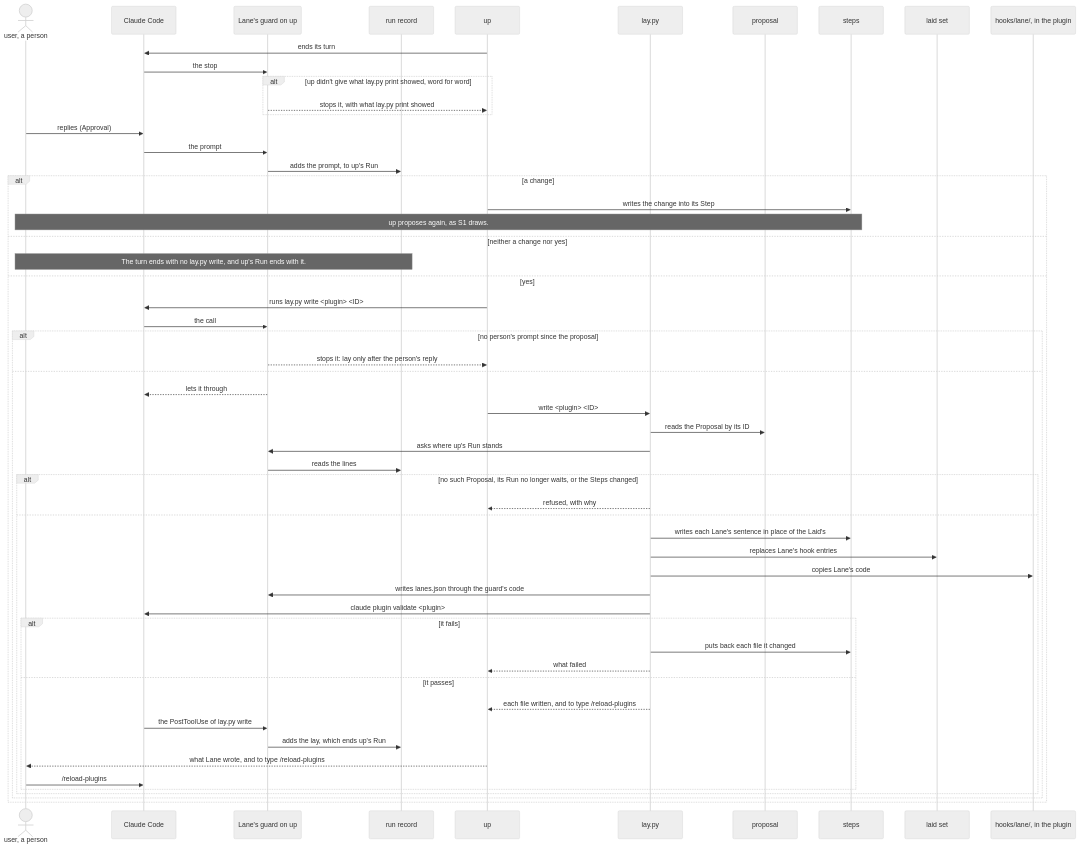
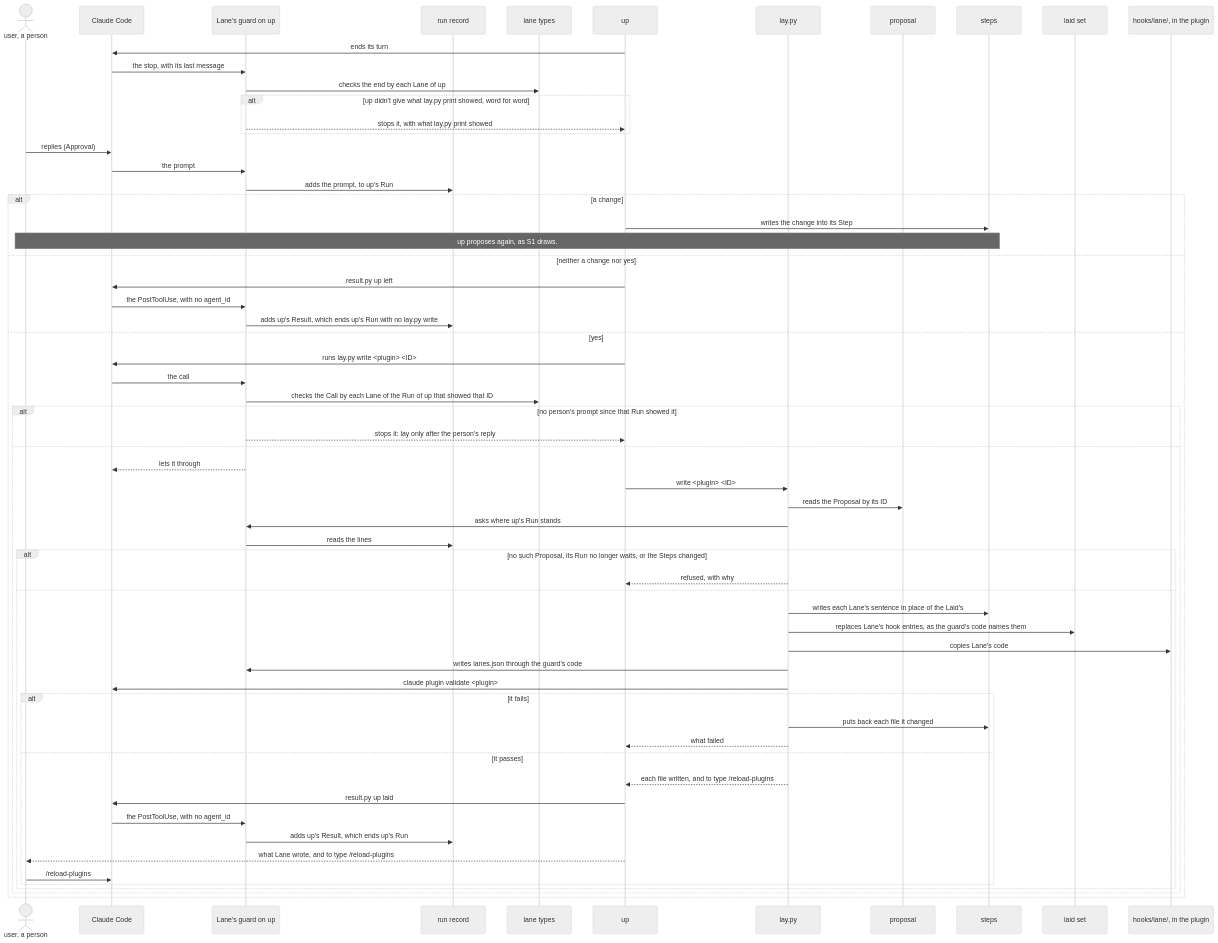
The second of 7 diagrams in dev/lane/architecture.md (lovaizu/ccpm), drawn with Mermaid (neutral theme) before and after one commit. The commit also changed other lines of this file, not shown here.

Commit message:
Lane's architecture mends the gaps that its skeleton and cases found: up's own checks, that it gave what lay.py print showed and lays only after the person's reply, are lane types the guard checks by, on the Run of up that showed the Proposal's ID, with the stop's last message; up's Run ends by up's Result, laid or left, as a Route moves only on a Result; each start is checked by the Lane of the skill's Routes, so the Routes' sentence and check come from one type; a call is kept where one Lane of each type allows it, as one Lane alone stops the result script another asks for; Lanes and Routes take one form, the guard's code's, in lanes.json and a Proposal, which lay.py types gives up, and the guard's code names Lane's hook entries; and the installation test runs the README's commands in a shell
Claude-Session: https://claude.ai/code/session_0172CgKgKvhT2KCgXfMaPBwd

````diff
--- a/dev/lane/architecture.md
+++ b/dev/lane/architecture.md
@@ -234,58 +236,64 @@
 ```mermaid
 sequenceDiagram
   actor U as user, a person
   participant CC as Claude Code
   participant G as Lane's guard on up
   participant RS as run record
+  participant T as lane types
   participant UP as up
   participant L as lay.py
   participant P as proposal
   participant ST as steps
   participant LS as laid set
   participant HL as hooks/lane/, in the plugin
   UP->>CC: ends its turn
-  CC->>G: the stop
+  CC->>G: the stop, with its last message
+  G->>T: checks the end by each Lane of up
   alt up didn't give what lay.py print showed, word for word
     G-->>UP: stops it, with what lay.py print showed
   end
   U->>CC: replies (Approval)
   CC->>G: the prompt
   G->>RS: adds the prompt, to up's Run
   alt a change
     UP->>ST: writes the change into its Step
     Note over U,ST: up proposes again, as S1 draws.
   else neither a change nor yes
-    Note over U,RS: The turn ends with no lay.py write, and up's Run ends with it.
+    UP->>CC: result.py up left
+    CC->>G: the PostToolUse, with no agent_id
+    G->>RS: adds up's Result, which ends up's Run with no lay.py write
   else yes
     UP->>CC: runs lay.py write <plugin> <ID>
     CC->>G: the call
-    alt no person's prompt since the proposal
+    G->>T: checks the Call by each Lane of the Run of up that showed that ID
+    alt no person's prompt since that Run showed it
       G-->>UP: stops it: lay only after the person's reply
     else
       G-->>CC: lets it through
       UP->>L: write <plugin> <ID>
       L->>P: reads the Proposal by its ID
       L->>G: asks where up's Run stands
       G->>RS: reads the lines
       alt no such Proposal, its Run no longer waits, or the Steps changed
         L-->>UP: refused, with why
       else
         L->>ST: writes each Lane's sentence in place of the Laid's
-        L->>LS: replaces Lane's hook entries
+        L->>LS: replaces Lane's hook entries, as the guard's code names them
         L->>HL: copies Lane's code
         L->>G: writes lanes.json through the guard's code
         L->>CC: claude plugin validate <plugin>
         alt it fails
           L->>ST: puts back each file it changed
           L-->>UP: what failed
         else it passes
           L-->>UP: each file written, and to type /reload-plugins
-          CC->>G: the PostToolUse of lay.py write
-          G->>RS: adds the lay, which ends up's Run
+          UP->>CC: result.py up laid
+          CC->>G: the PostToolUse, with no agent_id
+          G->>RS: adds up's Result, which ends up's Run
           UP-->>U: what Lane wrote, and to type /reload-plugins
           U->>CC: /reload-plugins
         end
       end
     end
   end
 ```
````
